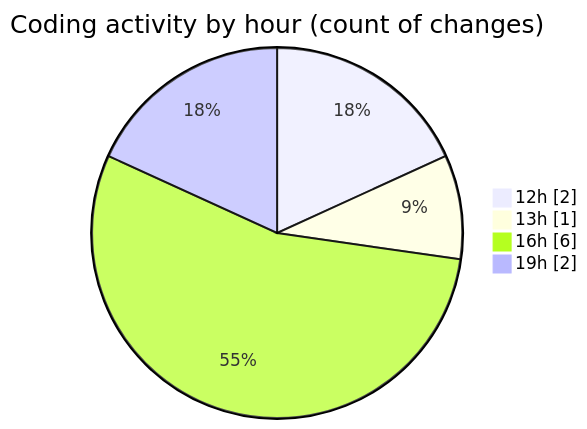
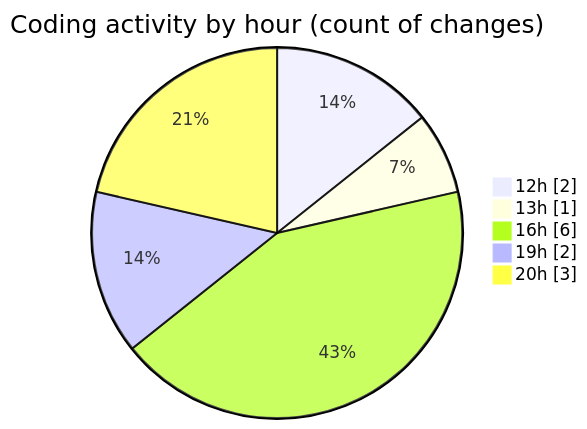
The second of 2 diagrams in 2025-08-03/macrowhisper/README.md (EIIisD/code-tracking), drawn with Mermaid before and after one commit. The commit also changed other lines of this file and 1 other file, not shown here.

````diff
--- a/2025-08-03/macrowhisper/README.md
+++ b/2025-08-03/macrowhisper/README.md
@@ -29,8 +31,9 @@
 ```mermaid
 pie showData
 title Coding activity by hour (count of changes)
 "12h" : 2
 "13h" : 1
 "16h" : 6
 "19h" : 2
+"20h" : 3
 ```
````
